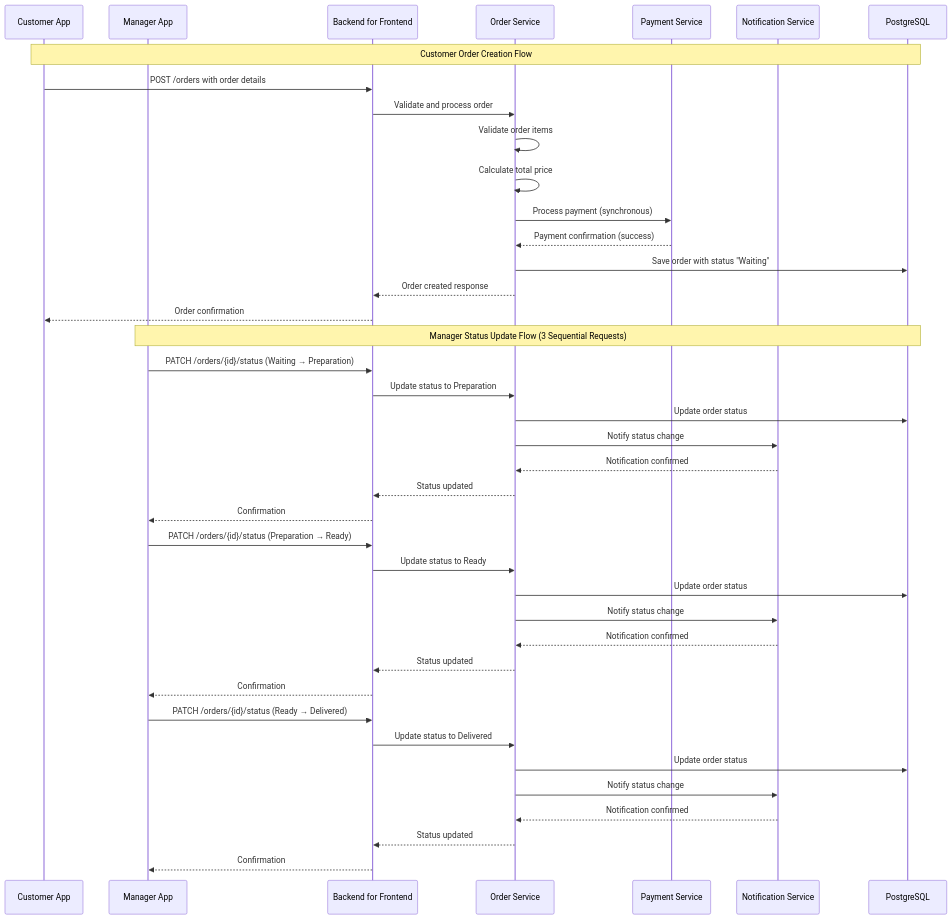
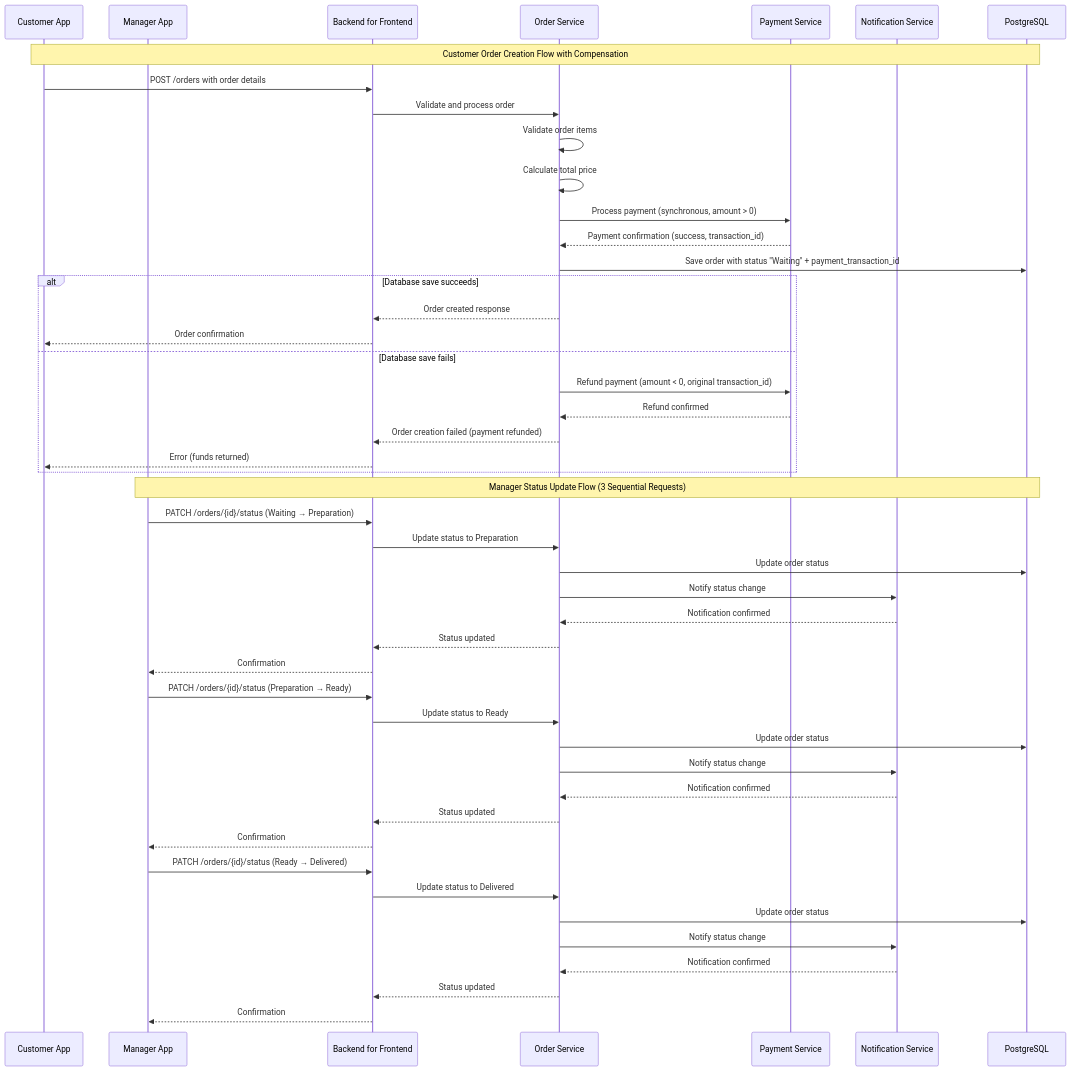
One commit to zzaia/zzaia-trio-coffee-shop changed the second of 3 diagrams in CoffeeShop/docs/order/order-architecture.md. Above: the diagram before and after it, drawn with Mermaid. The commit also changed other lines of this file and 7 other files, not shown here.

````diff
--- a/CoffeeShop/docs/order/order-architecture.md
+++ b/CoffeeShop/docs/order/order-architecture.md
@@ -142,46 +142,53 @@
 ```mermaid
 sequenceDiagram
     participant Customer as Customer App
     participant Manager as Manager App
     participant BFF as Backend for Frontend
     participant OrderService as Order Service
     participant PaymentService as Payment Service
     participant NotificationService as Notification Service
     participant Database as PostgreSQL
 
-    Note over Customer,Database: Customer Order Creation Flow
+    Note over Customer,Database: Customer Order Creation Flow with Compensation
     Customer->>BFF: POST /orders with order details
     BFF->>OrderService: Validate and process order
     OrderService->>OrderService: Validate order items
     OrderService->>OrderService: Calculate total price
-    OrderService->>PaymentService: Process payment (synchronous)
-    PaymentService-->>OrderService: Payment confirmation (success)
-    OrderService->>Database: Save order with status "Waiting"
-    OrderService-->>BFF: Order created response
-    BFF-->>Customer: Order confirmation
+    OrderService->>PaymentService: Process payment (synchronous, amount > 0)
+    PaymentService-->>OrderService: Payment confirmation (success, transaction_id)
+    OrderService->>Database: Save order with status "Waiting" + payment_transaction_id
+    alt Database save succeeds
+        OrderService-->>BFF: Order created response
+        BFF-->>Customer: Order confirmation
+    else Database save fails
+        OrderService->>PaymentService: Refund payment (amount < 0, original transaction_id)
+        PaymentService-->>OrderService: Refund confirmed
+        OrderService-->>BFF: Order creation failed (payment refunded)
+        BFF-->>Customer: Error (funds returned)
+    end
 
     Note over Manager,Database: Manager Status Update Flow (3 Sequential Requests)
     Manager->>BFF: PATCH /orders/{id}/status (Waiting → Preparation)
     BFF->>OrderService: Update status to Preparation
     OrderService->>Database: Update order status
     OrderService->>NotificationService: Notify status change
     NotificationService-->>OrderService: Notification confirmed
     OrderService-->>BFF: Status updated
     BFF-->>Manager: Confirmation
 
     Manager->>BFF: PATCH /orders/{id}/status (Preparation → Ready)
     BFF->>OrderService: Update status to Ready
     OrderService->>Database: Update order status
     OrderService->>NotificationService: Notify status change
     NotificationService-->>OrderService: Notification confirmed
     OrderService-->>BFF: Status updated
     BFF-->>Manager: Confirmation
 
     Manager->>BFF: PATCH /orders/{id}/status (Ready → Delivered)
     BFF->>OrderService: Update status to Delivered
     OrderService->>Database: Update order status
     OrderService->>NotificationService: Notify status change
     NotificationService-->>OrderService: Notification confirmed
     OrderService-->>BFF: Status updated
     BFF-->>Manager: Confirmation
 ```
````
